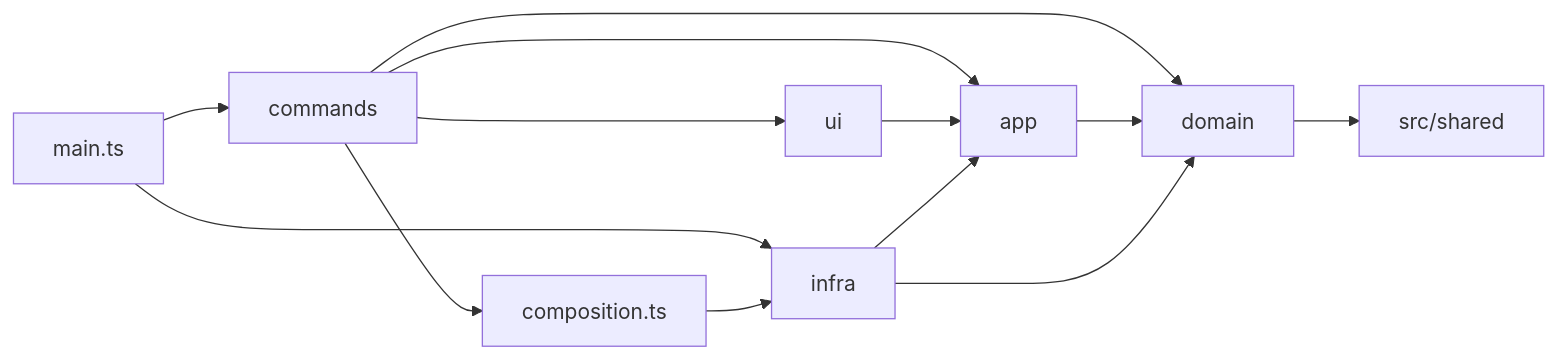
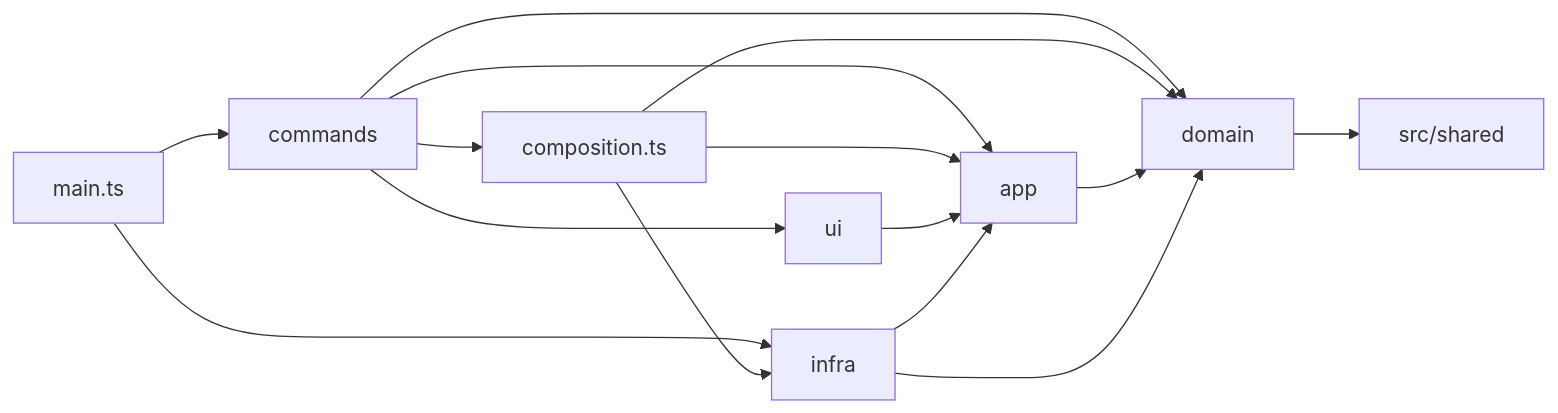
Before and after one commit to ken109/r2-lfs: the second of 2 diagrams in docs/architecture.md, drawn with Mermaid. The commit also changed other lines of this file and 3 other files, not shown here.

````diff
--- a/docs/architecture.md
+++ b/docs/architecture.md
@@ -40,15 +40,17 @@
 ```mermaid
 flowchart LR
   main[main.ts] --> commands
   main --> infra
   commands --> composition[composition.ts]
   commands --> app
   commands --> ui
   commands --> domain
   composition --> infra
+  composition --> app
+  composition --> domain
   ui --> app
   infra --> app
   app --> domain
   infra --> domain
   domain --> shared[src/shared]
 ```
````
